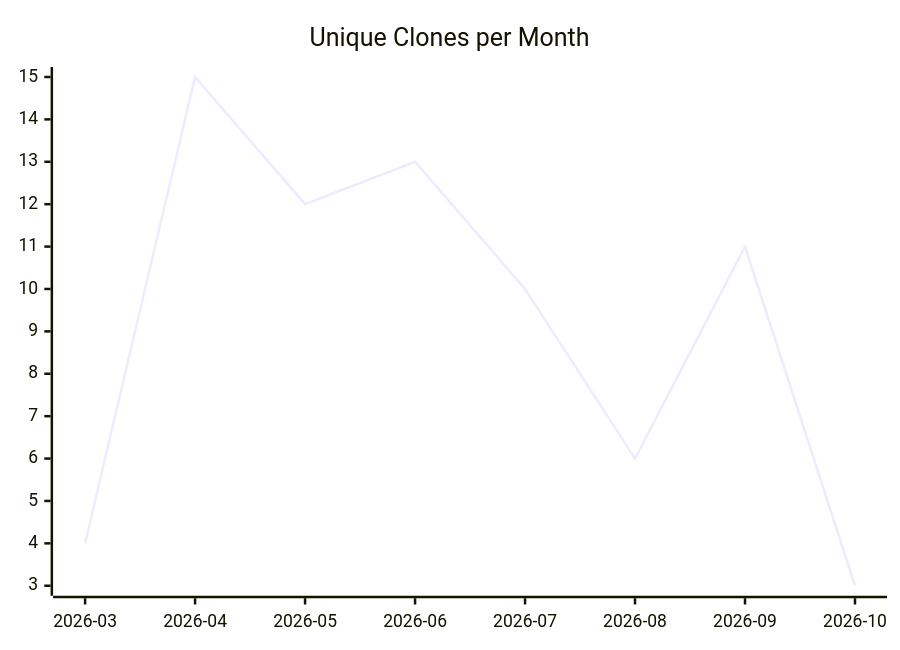
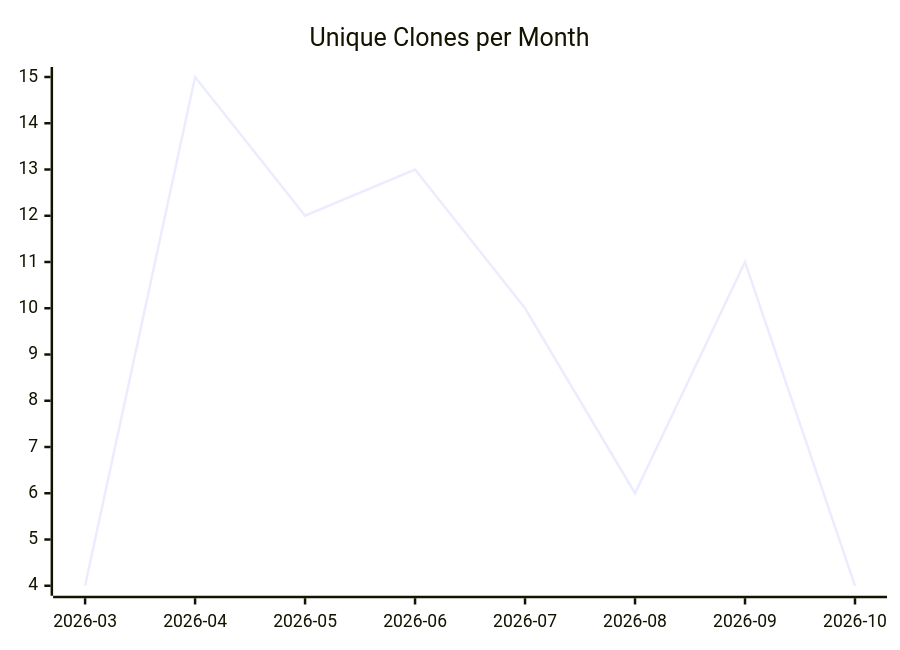
Before and after one commit to justdavis-family/github-analytics-data: the third of 3 diagrams in karlmdavis/ansible-role-bind-dns/README.md, drawn with Mermaid. The commit also changed other lines of this file and 198 other files, not shown here.

````diff
--- a/karlmdavis/ansible-role-bind-dns/README.md
+++ b/karlmdavis/ansible-role-bind-dns/README.md
@@ -19,6 +19,6 @@
 ```mermaid
 xychart-beta
   title "Unique Clones per Month"
   x-axis ["2026-03", "2026-04", "2026-05", "2026-06", "2026-07", "2026-08", "2026-09", "2026-10"]
-  line [4, 15, 12, 13, 10, 6, 11, 3]
+  line [4, 15, 12, 13, 10, 6, 11, 4]
 ```
````
